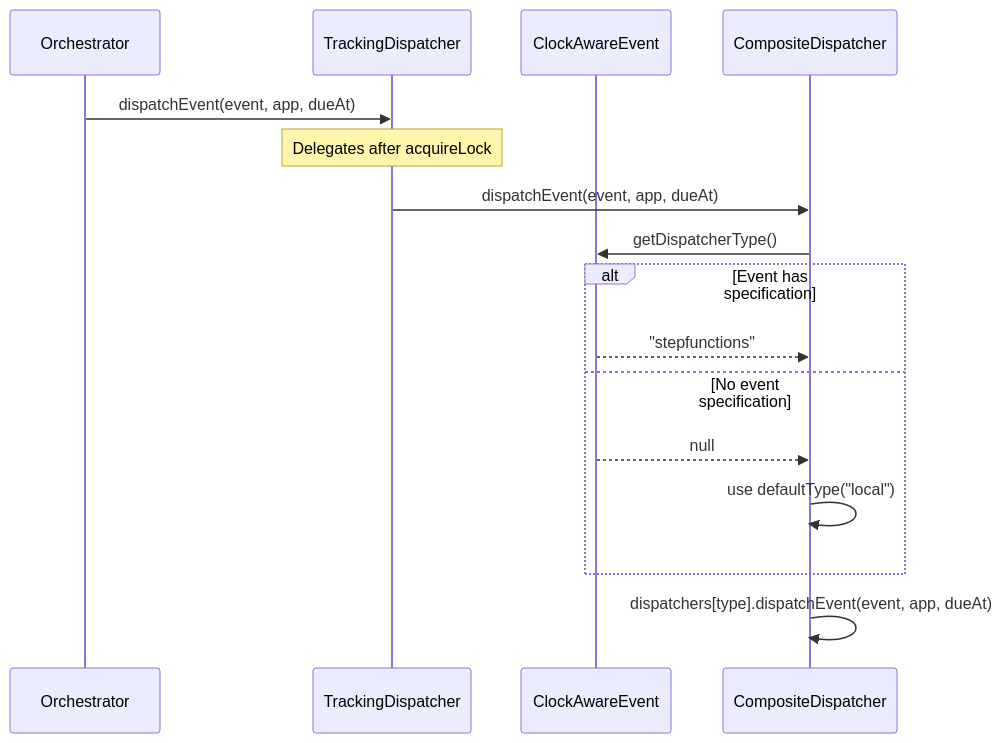
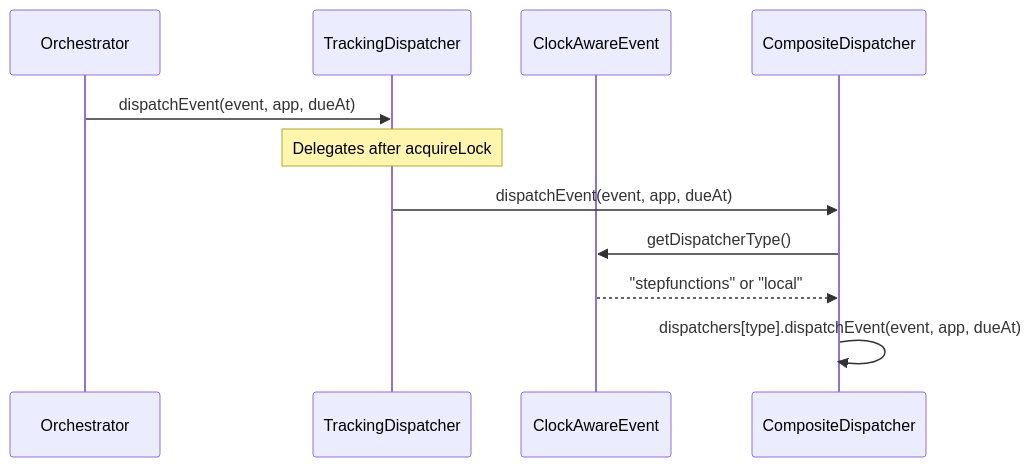
The fourth of 4 diagrams in docs/internals/DESIGN.md (rakkofield/laravel-graceful-schedule-worker), drawn with Mermaid before and after one commit. The commit also changed other lines of this file and 2 other files, not shown here.

First line of the commit message:
docs: Update design docs and TESTDOX_IDS.ja.md to reflect type narrowing changes

````diff
--- a/docs/internals/DESIGN.md
+++ b/docs/internals/DESIGN.md
@@ -512,21 +511,15 @@
 ```mermaid
 sequenceDiagram
     participant Orch as Orchestrator
     participant TDisp as TrackingDispatcher
     participant Event as ClockAwareEvent
     participant Comp as CompositeDispatcher
 
     Orch->>TDisp: dispatchEvent(event, app, dueAt)
     Note over TDisp: Delegates after acquireLock
     TDisp->>Comp: dispatchEvent(event, app, dueAt)
     Comp->>Event: getDispatcherType()
 
-    alt Event has specification
-        Event-->>Comp: "stepfunctions"
-    else No event specification
-        Event-->>Comp: null
-        Comp->>Comp: use defaultType("local")
-    end
-
+    Event-->>Comp: "stepfunctions" or "local"
     Comp->>Comp: dispatchers[type].dispatchEvent(event, app, dueAt)
 ```
````
